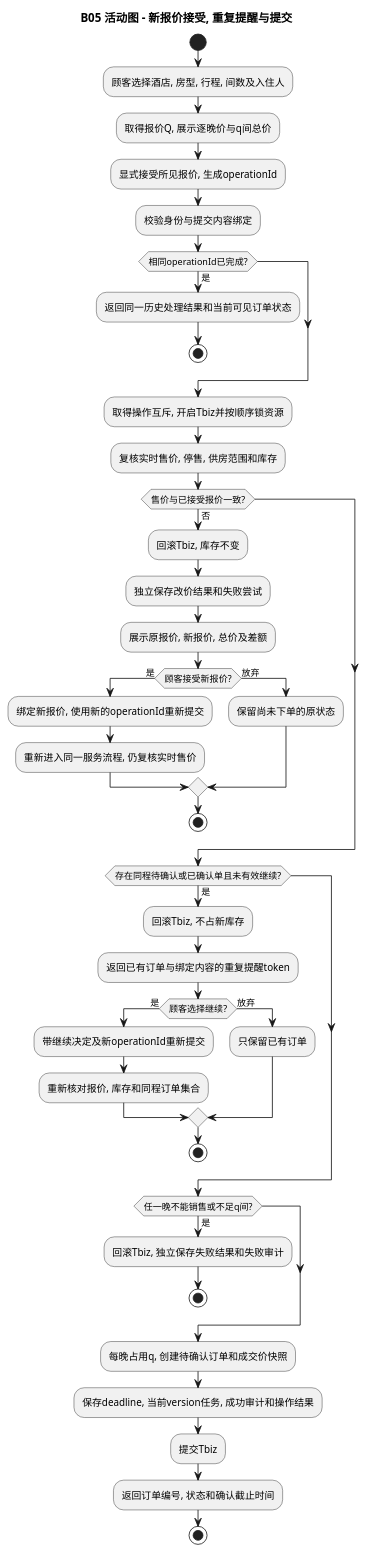
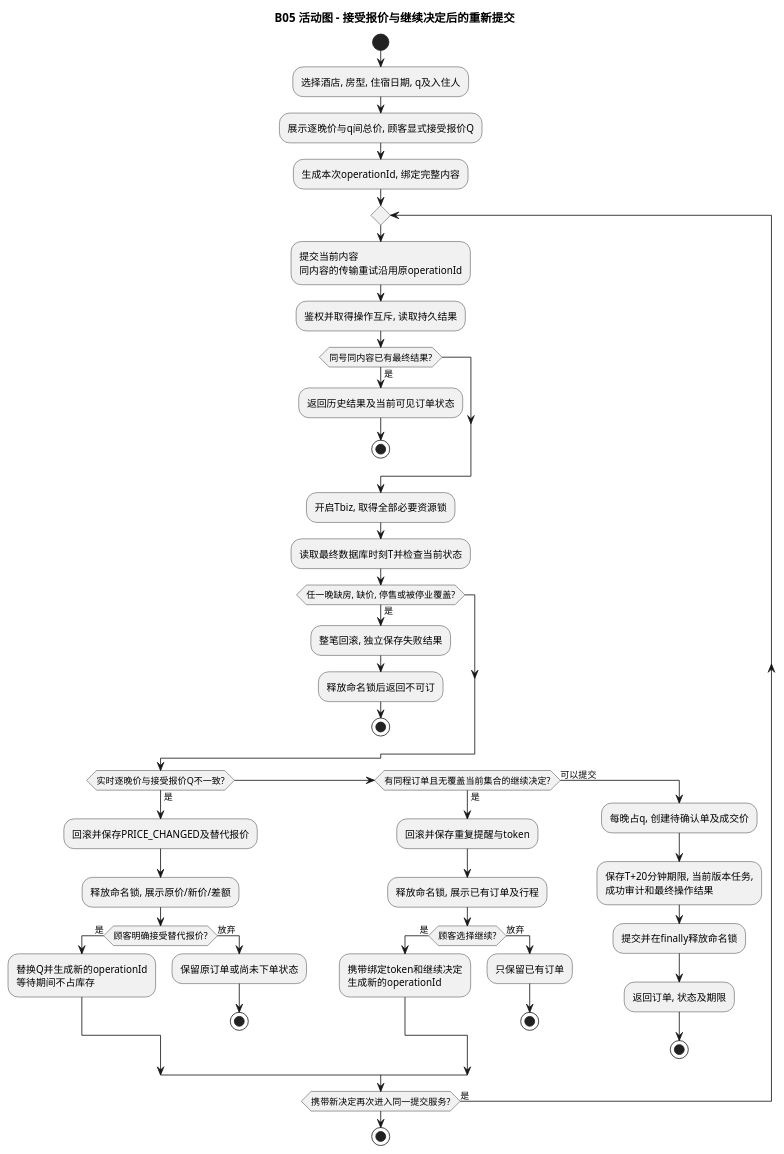
Before and after one commit to Blue-Night-gy/se-lab3: the diagram in lab2/UML/B05-quote-submit-activity.puml, drawn with PlantUML. The commit also changed 59 other files, not shown here.

```diff
--- a/lab2/UML/B05-quote-submit-activity.puml
+++ b/lab2/UML/B05-quote-submit-activity.puml
@@ -1,47 +1,54 @@
 @startuml
 skinparam defaultFontName Noto Sans SC
-title B05 活动图 - 新报价接受, 重复提醒与提交
+skinparam shadowing false
+title B05 活动图 - 接受报价与继续决定后的重新提交
 start
-:顾客选择酒店, 房型, 行程, 间数及入住人;
-:取得报价Q, 展示逐晚价与q间总价;
-:显式接受所见报价, 生成operationId;
-:校验身份与提交内容绑定;
-if (相同operationId已完成?) then (是)
-  :返回同一历史处理结果和当前可见订单状态;
-  stop
-endif
-:取得操作互斥, 开启Tbiz并按顺序锁资源;
-:复核实时售价, 停售, 供房范围和库存;
-if (售价与已接受报价一致?) then (否)
-  :回滚Tbiz, 库存不变;
-  :独立保存改价结果和失败尝试;
-  :展示原报价, 新报价, 总价及差额;
-  if (顾客接受新报价?) then (是)
-    :绑定新报价, 使用新的operationId重新提交;
-    :重新进入同一服务流程, 仍复核实时售价;
-  else (放弃)
-    :保留尚未下单的原状态;
+:选择酒店, 房型, 住宿日期, q及入住人;
+:展示逐晚价与q间总价, 顾客显式接受报价Q;
+:生成本次operationId, 绑定完整内容;
+repeat
+  :提交当前内容
+同内容的传输重试沿用原operationId;
+  :鉴权并取得操作互斥, 读取持久结果;
+  if (同号同内容已有最终结果?) then (是)
+    :返回历史结果及当前可见订单状态;
+    stop
   endif
-  stop
-endif
-if (存在同程待确认或已确认单且未有效继续?) then (是)
-  :回滚Tbiz, 不占新库存;
-  :返回已有订单与绑定内容的重复提醒token;
-  if (顾客选择继续?) then (是)
-    :带继续决定及新operationId重新提交;
-    :重新核对报价, 库存和同程订单集合;
-  else (放弃)
-    :只保留已有订单;
+  :开启Tbiz, 取得全部必要资源锁;
+  :读取最终数据库时刻T并检查当前状态;
+  if (任一晚缺房, 缺价, 停售或被停业覆盖?) then (是)
+    :整笔回滚, 独立保存失败结果;
+    :释放命名锁后返回不可订;
+    stop
   endif
-  stop
-endif
-if (任一晚不能销售或不足q间?) then (是)
-  :回滚Tbiz, 独立保存失败结果和失败审计;
-  stop
-endif
-:每晚占用q, 创建待确认订单和成交价快照;
-:保存deadline, 当前version任务, 成功审计和操作结果;
-:提交Tbiz;
-:返回订单编号, 状态和确认截止时间;
+  if (实时逐晚价与接受报价Q不一致?) then (是)
+    :回滚并保存PRICE_CHANGED及替代报价;
+    :释放命名锁, 展示原价/新价/差额;
+    if (顾客明确接受替代报价?) then (是)
+      :替换Q并生成新的operationId
+等待期间不占库存;
+    else (放弃)
+      :保留原订单或尚未下单状态;
+      stop
+    endif
+  elseif (有同程订单且无覆盖当前集合的继续决定?) then (是)
+    :回滚并保存重复提醒与token;
+    :释放命名锁, 展示已有订单及行程;
+    if (顾客选择继续?) then (是)
+      :携带绑定token和继续决定
+生成新的operationId;
+    else (放弃)
+      :只保留已有订单;
+      stop
+    endif
+  else (可以提交)
+    :每晚占q, 创建待确认单及成交价;
+    :保存T+20分钟期限, 当前版本任务,
+成功审计和最终操作结果;
+    :提交并在finally释放命名锁;
+    :返回订单, 状态及期限;
+    stop
+  endif
+repeat while (携带新决定再次进入同一提交服务?) is (是)
 stop
 @enduml
```
